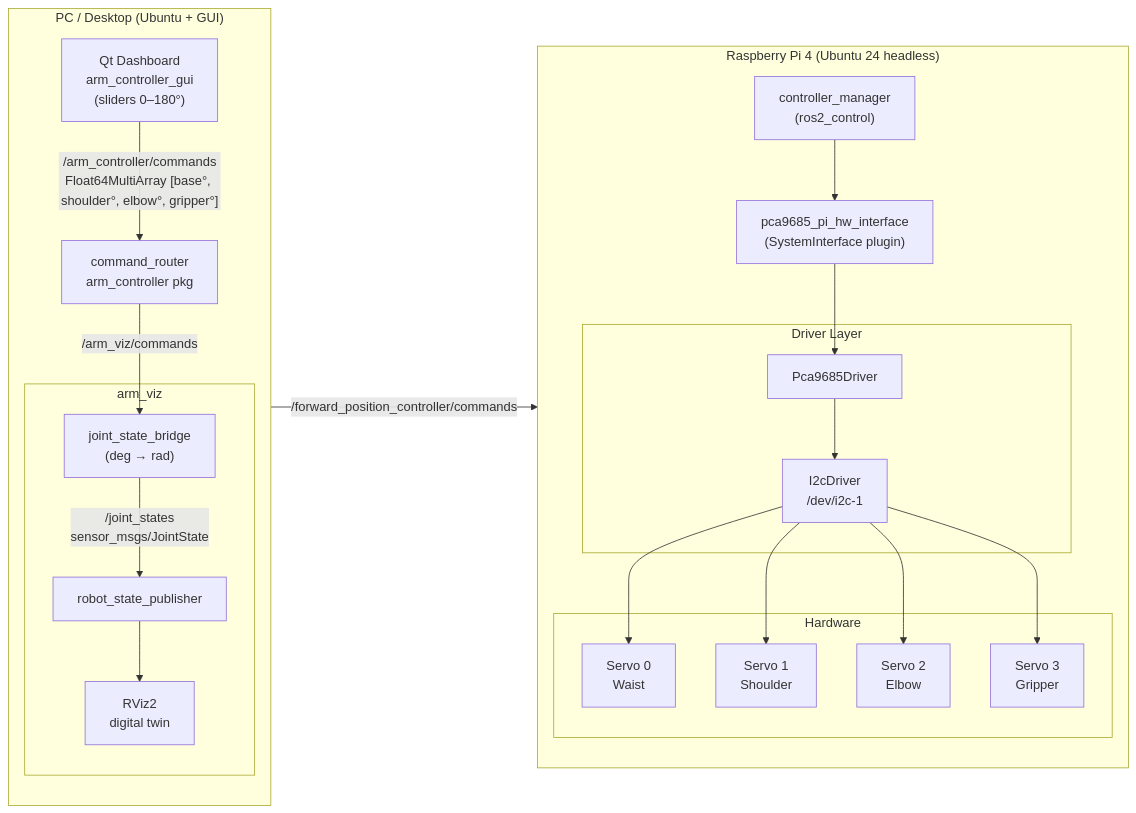
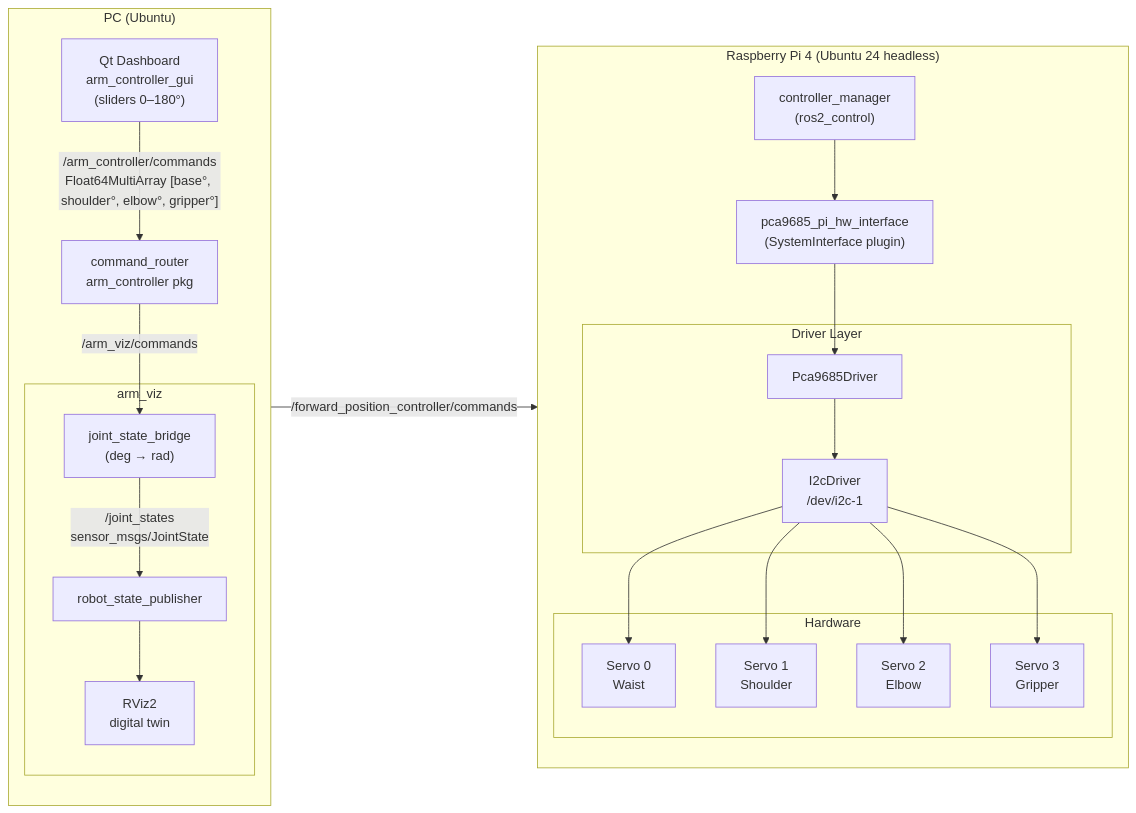
One commit to Dhouhaga/4DOF-Robotic-Arm-ROS2-QT-CPP changed the diagram in README.md. Above: the diagram before and after it, drawn with Mermaid.

````diff
--- a/README.md
+++ b/README.md
@@ -36,39 +36,39 @@
 ```mermaid
 flowchart LR
-    subgraph PC["PC / Desktop  (Ubuntu + GUI)"]
+    subgraph PC["PC (Ubuntu)"]
         direction TB
         QT["Qt Dashboard\narm_controller_gui\n(sliders 0–180°)"]
         Router["command_router\narm_controller pkg"]
         subgraph VIZ["arm_viz"]
             Bridge["joint_state_bridge\n(deg → rad)"]
             RSP["robot_state_publisher"]
             RViz["RViz2\ndigital twin"]
         end
     end
 
     subgraph PI["Raspberry Pi 4  (Ubuntu 24 headless)"]
         direction TB
         CM["controller_manager\n(ros2_control)"]
         HW["pca9685_pi_hw_interface\n(SystemInterface plugin)"]
         subgraph DRIVER["Driver Layer"]
             PCA["Pca9685Driver"]
             I2C["I2cDriver\n/dev/i2c-1"]
         end
         subgraph SERVO["Hardware"]
             S1["Servo 0\nWaist"]
             S2["Servo 1\nShoulder"]
             S3["Servo 2\nElbow"]
             S4["Servo 3\nGripper"]
         end
     end
 
     QT -->|"/arm_controller/commands\nFloat64MultiArray [base°, shoulder°, elbow°, gripper°]"| Router
     Router -->|"/forward_position_controller/commands"| CM
     Router -->|"/arm_viz/commands"| Bridge
     Bridge -->|"/joint_states\nsensor_msgs/JointState"| RSP
     RSP --> RViz
     CM --> HW
     HW --> PCA
     PCA --> I2C
     I2C --> S1 & S2 & S3 & S4
 ```
````
